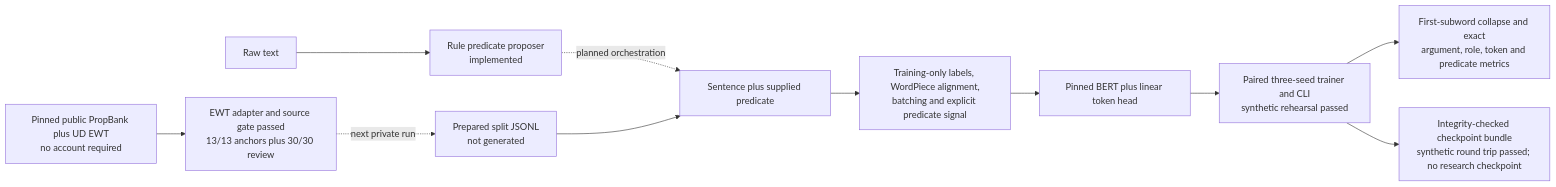
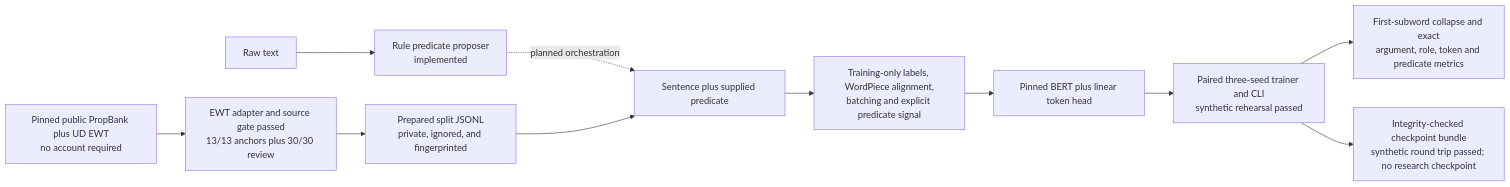
The diagram in README.md (ayo-aa/semantic-action-extractor), drawn with Mermaid before and after one commit. The commit also changed other lines of this file and 13 other files, not shown here.

````diff
--- a/README.md
+++ b/README.md
@@ -84,13 +87,13 @@
 ```mermaid
 flowchart LR
     A["Raw text"] --> B["Rule predicate proposer<br/>implemented"]
     B -.->|planned orchestration| C["Sentence plus supplied predicate"]
     D["Pinned public PropBank plus UD EWT<br/>no account required"] --> E["EWT adapter and source gate passed<br/>13/13 anchors plus 30/30 review"]
-    E -.->|next private run| G["Prepared split JSONL<br/>not generated"]
+    E --> G["Prepared split JSONL<br/>private, ignored, and fingerprinted"]
     G --> C
     C --> H["Training-only labels, WordPiece alignment,<br/>batching and explicit predicate signal"]
     H --> I["Pinned BERT plus linear token head"]
     I --> J["Paired three-seed trainer and CLI<br/>synthetic rehearsal passed"]
     J --> K["First-subword collapse and exact<br/>argument, role, token and predicate metrics"]
     J --> L["Integrity-checked checkpoint bundle<br/>synthetic round trip passed; no research checkpoint"]
 ```
````
